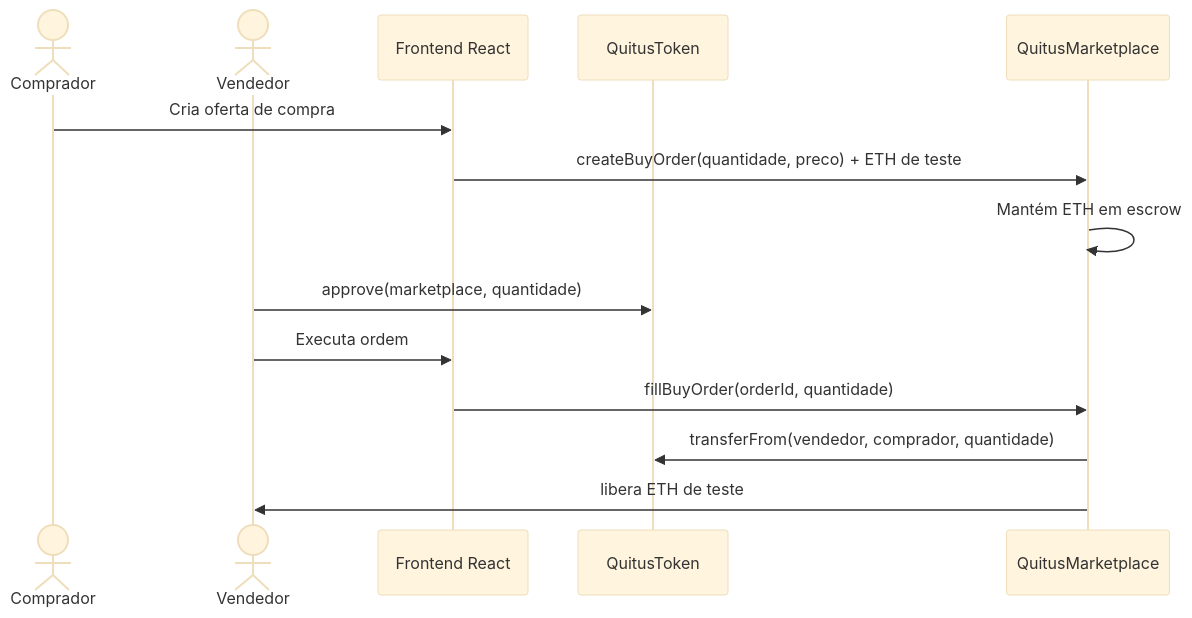
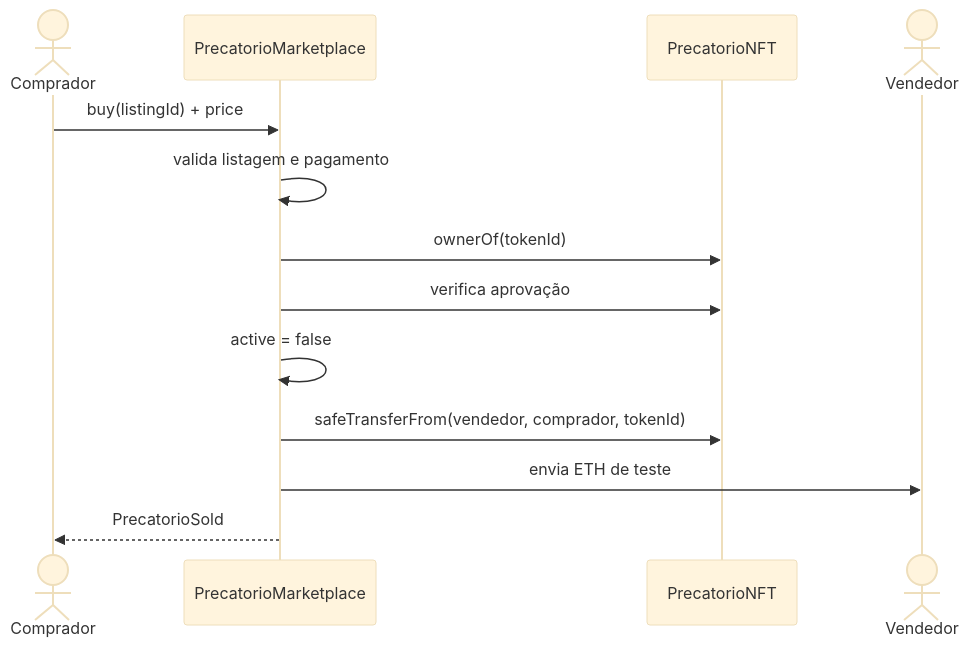
The second of 3 diagrams in Lab4/docs/fluxos/mercado-secundario.md (Victor-droid165/blockchain), drawn with Mermaid (base theme) before and after one commit. The commit also changed other lines of this file and 43 other files, not shown here.

Commit message:
refactor(lab4): refatora para marketplace NFT

````diff
--- a/Lab4/docs/fluxos/mercado-secundario.md
+++ b/Lab4/docs/fluxos/mercado-secundario.md
@@ -32,18 +23,16 @@
 ```mermaid
 sequenceDiagram
     actor Comprador
+    participant MKT as PrecatorioMarketplace
+    participant NFT as PrecatorioNFT
     actor Vendedor
-    participant FE as Frontend React
-    participant QTS as QuitusToken
-    participant MKT as QuitusMarketplace
 
-    Comprador->>FE: Cria oferta de compra
-    FE->>MKT: createBuyOrder(quantidade, preco) + ETH de teste
-    MKT->>MKT: Mantém ETH em escrow
-
-    Vendedor->>QTS: approve(marketplace, quantidade)
-    Vendedor->>FE: Executa ordem
-    FE->>MKT: fillBuyOrder(orderId, quantidade)
-    MKT->>QTS: transferFrom(vendedor, comprador, quantidade)
-    MKT->>Vendedor: libera ETH de teste
+    Comprador->>MKT: buy(listingId) + price
+    MKT->>MKT: valida listagem e pagamento
+    MKT->>NFT: ownerOf(tokenId)
+    MKT->>NFT: verifica aprovação
+    MKT->>MKT: active = false
+    MKT->>NFT: safeTransferFrom(vendedor, comprador, tokenId)
+    MKT->>Vendedor: envia ETH de teste
+    MKT-->>Comprador: PrecatorioSold
 ```
````
